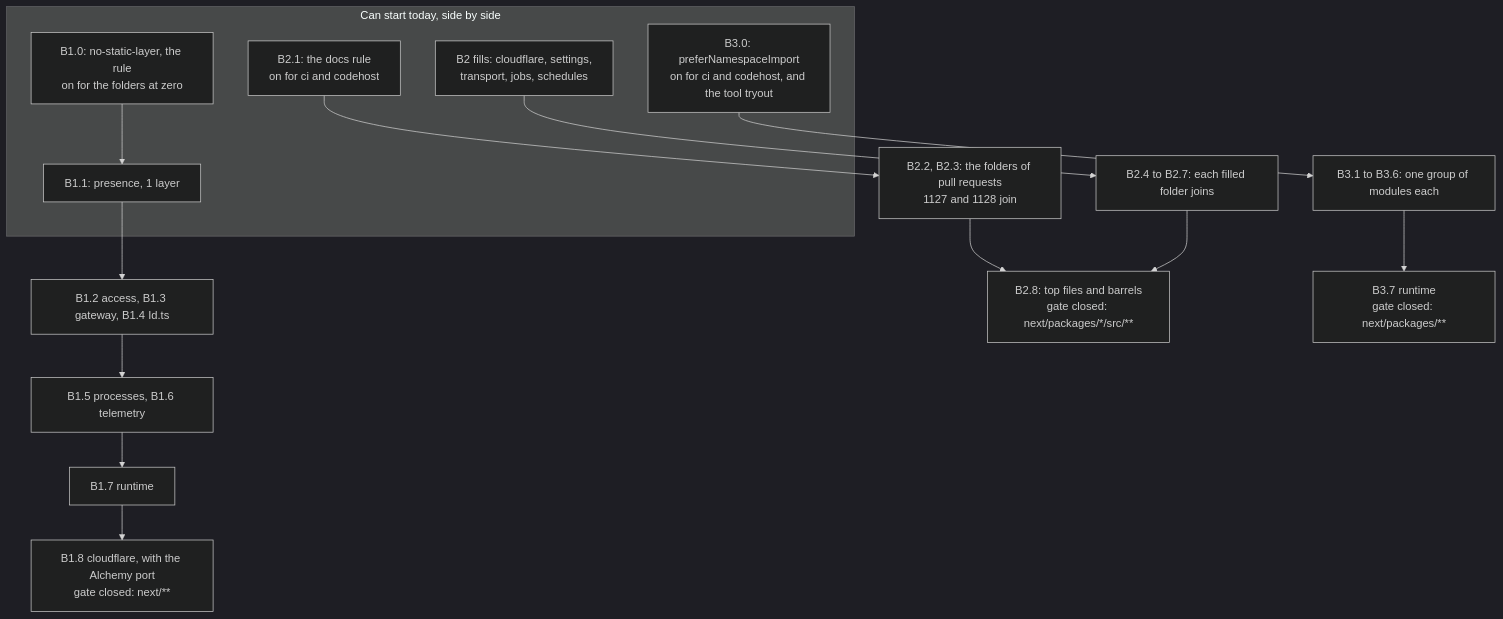
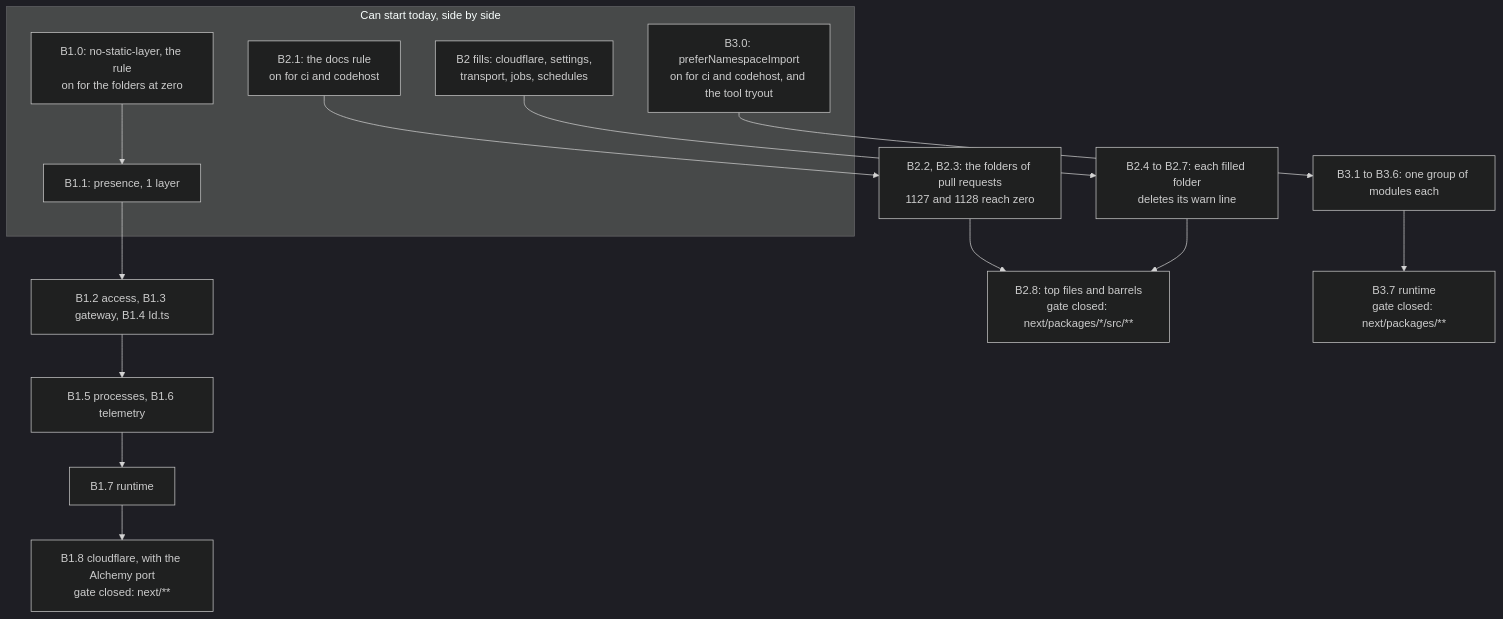
Before and after one commit to usirin/tea-fabrika: the diagram in docs/plan/effect-rules-big.md, drawn with Mermaid (dark theme). The commit also changed other lines of this file and 3 other files, not shown here.

Commit message:
T948 build: the docs rule's prose says a fill deletes its warn line, not that it joins a list

````diff
--- a/docs/plan/effect-rules-big.md
+++ b/docs/plan/effect-rules-big.md
@@ -9,21 +9,21 @@
 ```mermaid
 flowchart TB
   subgraph today["Can start today, side by side"]
     S0["B1.0: no-static-layer, the rule<br/>on for the folders at zero"]
     D1["B2.1: the docs rule<br/>on for ci and codehost"]
     I0["B3.0: preferNamespaceImport<br/>on for ci and codehost, and the tool tryout"]
     DF["B2 fills: cloudflare, settings,<br/>transport, jobs, schedules"]
     S1["B1.1: presence, 1 layer"]
   end
   S0 --> S1
   S1 --> S2["B1.2 access, B1.3 gateway, B1.4 Id.ts"]
   S2 --> S5["B1.5 processes, B1.6 telemetry"]
   S5 --> S7["B1.7 runtime"]
   S7 --> S8["B1.8 cloudflare, with the Alchemy port<br/>gate closed: next/**"]
-  D1 --> D2["B2.2, B2.3: the folders of pull requests<br/>1127 and 1128 join"]
-  DF --> D4["B2.4 to B2.7: each filled folder joins"]
+  D1 --> D2["B2.2, B2.3: the folders of pull requests<br/>1127 and 1128 reach zero"]
+  DF --> D4["B2.4 to B2.7: each filled folder<br/>deletes its warn line"]
   D2 --> D8["B2.8: top files and barrels<br/>gate closed: next/packages/*/src/**"]
   D4 --> D8
   I0 --> I1["B3.1 to B3.6: one group of modules each"]
   I1 --> I7["B3.7 runtime<br/>gate closed: next/packages/**"]
 ```
````
